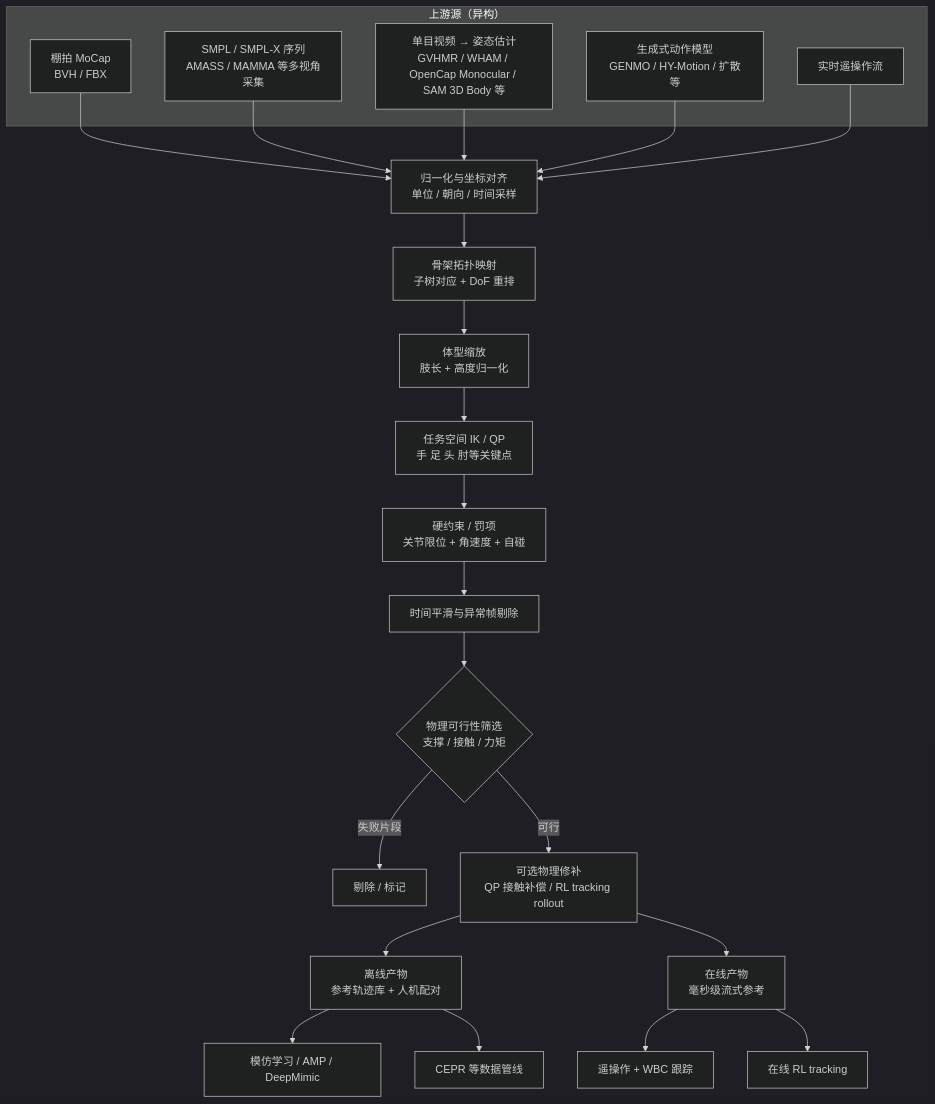
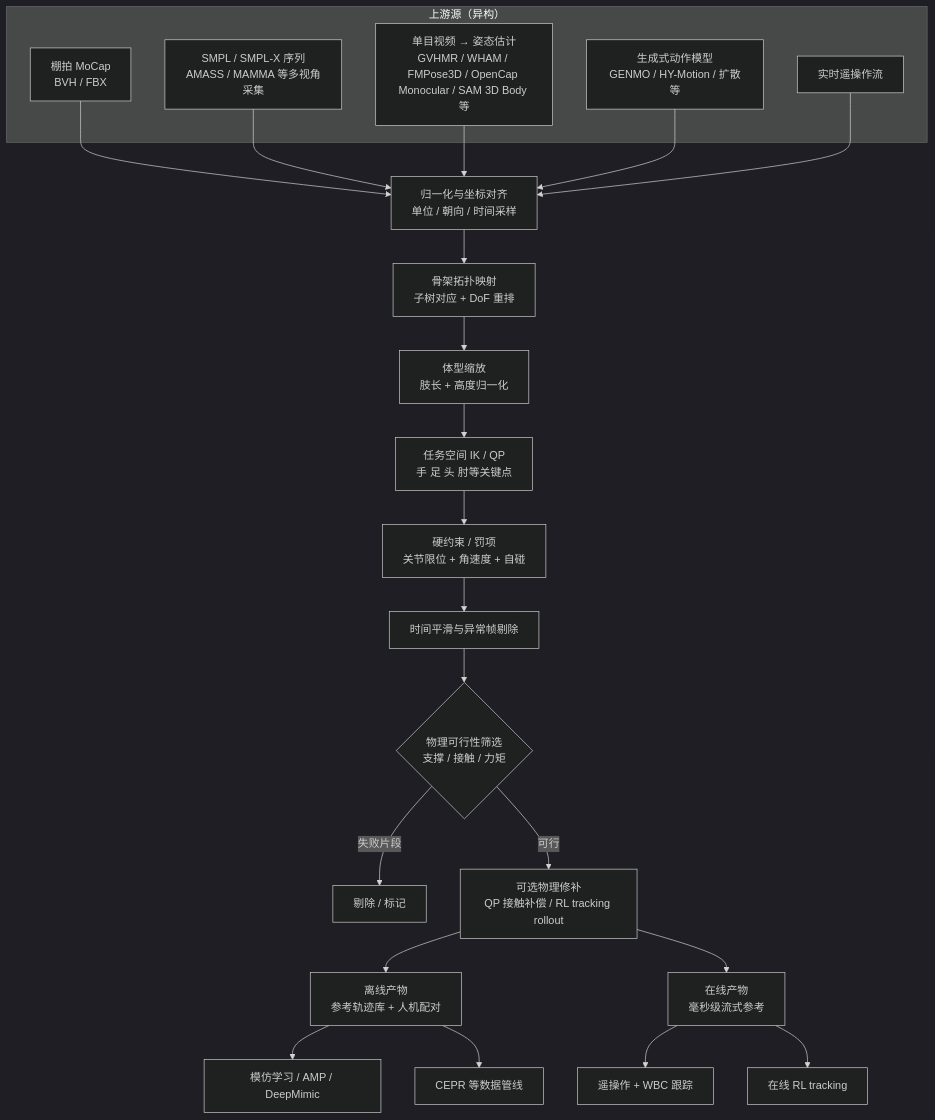
The diagram in wiki/concepts/motion-retargeting-pipeline.md (ImChong/Robotics_Notebooks), drawn with Mermaid (dark theme) before and after one commit. The commit also changed other lines of this file and 13 other files, not shown here.

Commit message:
[2026-07-17] ingest | sources/papers/fmpose3d_arxiv_2602_05755.md — 接入 FMPose3D Flow Matching 单目 3D 姿态估计并同步全站索引

````diff
--- a/wiki/concepts/motion-retargeting-pipeline.md
+++ b/wiki/concepts/motion-retargeting-pipeline.md
@@ -69,34 +70,34 @@
 ```mermaid
 flowchart TD
   subgraph src["上游源（异构）"]
     A1[棚拍 MoCap<br/>BVH / FBX]
     A2[SMPL / SMPL-X 序列<br/>AMASS / MAMMA 等多视角采集]
-    A3[单目视频 → 姿态估计<br/>GVHMR / WHAM / OpenCap Monocular / SAM 3D Body 等]
+    A3[单目视频 → 姿态估计<br/>GVHMR / WHAM / FMPose3D / OpenCap Monocular / SAM 3D Body 等]
     A4[生成式动作模型<br/>GENMO / HY-Motion / 扩散等]
     A5[实时遥操作流]
   end
 
   A1 --> N[归一化与坐标对齐<br/>单位 / 朝向 / 时间采样]
   A2 --> N
   A3 --> N
   A4 --> N
   A5 --> N
 
   N --> T[骨架拓扑映射<br/>子树对应 + DoF 重排]
   T --> S[体型缩放<br/>肢长 + 高度归一化]
   S --> IK[任务空间 IK / QP<br/>手 足 头 肘等关键点]
   IK --> C[硬约束 / 罚项<br/>关节限位 + 角速度 + 自碰]
   C --> Smooth[时间平滑与异常帧剔除]
 
   Smooth --> Phys{物理可行性筛选<br/>支撑 / 接触 / 力矩}
   Phys -->|失败片段| Drop[剔除 / 标记]
   Phys -->|可行| Refine[可选物理修补<br/>QP 接触补偿 / RL tracking rollout]
 
   Refine --> Out1[离线产物<br/>参考轨迹库 + 人机配对]
   Refine --> Out2[在线产物<br/>毫秒级流式参考]
 
   Out1 --> D1[模仿学习 / AMP / DeepMimic]
   Out1 --> D2[CEPR 等数据管线]
   Out2 --> D3[遥操作 + WBC 跟踪]
   Out2 --> D4[在线 RL tracking]
 ```
````
